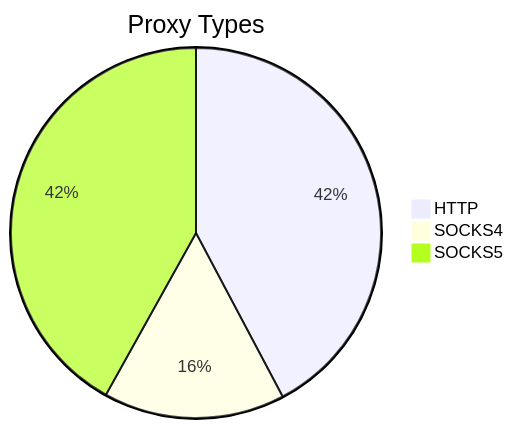
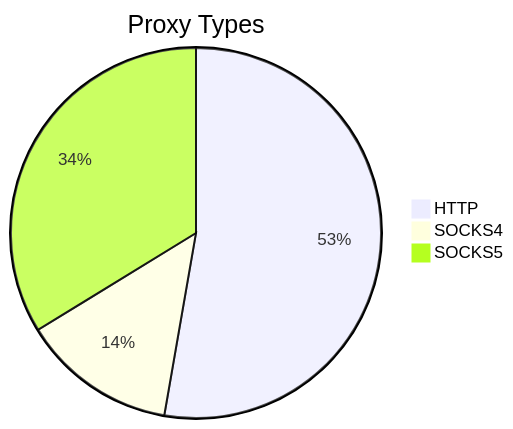
One commit to stormsia/proxy-list changed the first of 2 diagrams in README.md. Above: the diagram before and after it, drawn with Mermaid. The commit also changed other lines of this file, not shown here.

````diff
--- a/README.md
+++ b/README.md
@@ -21,6 +21,6 @@
 ```mermaid
 pie title Proxy Types
-    "HTTP" : 128
-    "SOCKS4" : 48
-    "SOCKS5" : 127
+    "HTTP" : 125
+    "SOCKS4" : 32
+    "SOCKS5" : 80
 ```
````
